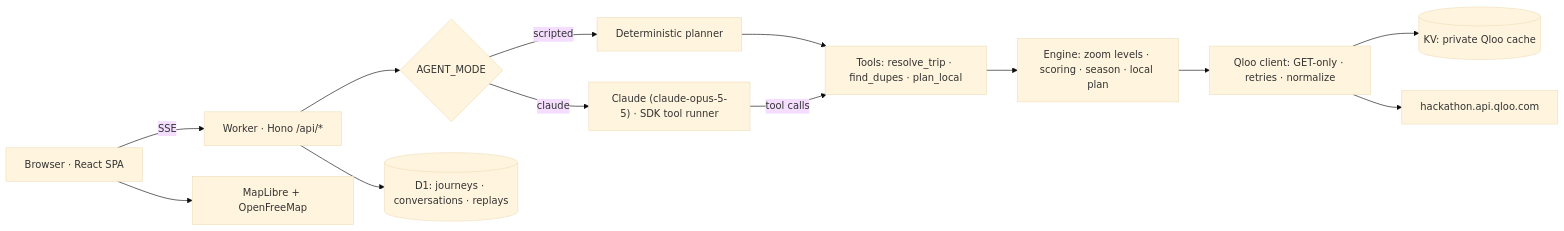
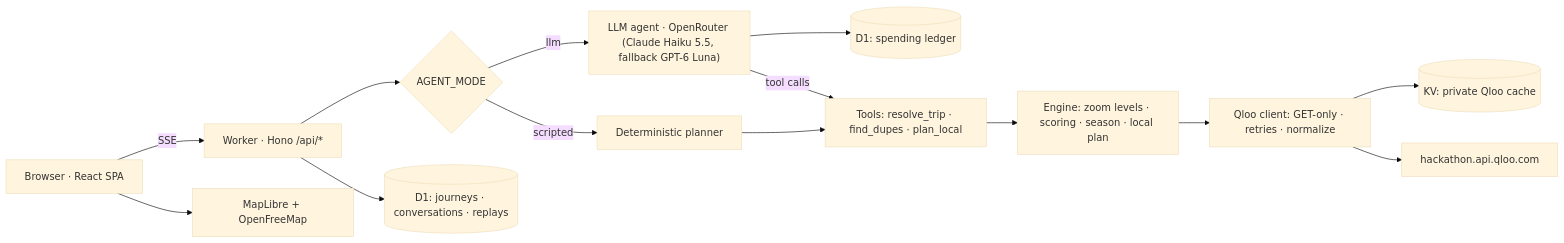
One commit to zicheng-yu/elsewhere changed the diagram in docs/ARCHITECTURE.md. Above: the diagram before and after it, drawn with Mermaid (base theme). The commit also changed other lines of this file and 47 other files, not shown here.

````diff
--- a/docs/ARCHITECTURE.md
+++ b/docs/ARCHITECTURE.md
@@ -5,15 +5,16 @@
 ```mermaid
 flowchart LR
   U["Browser · React SPA"] -- "SSE" --> W["Worker · Hono /api/*"]
   W --> P{"AGENT_MODE"}
   P -- "scripted" --> S["Deterministic planner"]
-  P -- "claude" --> C["Claude (claude-opus-5-5) · SDK tool runner"]
+  P -- "llm" --> C["LLM agent · OpenRouter (Claude Haiku 5.5, fallback GPT-6 Luna)"]
+  C --> B[("D1: spending ledger")]
   S --> T["Tools: resolve_trip · find_dupes · plan_local"]
   C -- "tool calls" --> T
   T --> E["Engine: zoom levels · scoring · season · local plan"]
   E --> Q["Qloo client: GET-only · retries · normalize"]
   Q --> K[("KV: private Qloo cache")]
   Q --> H["hackathon.api.qloo.com"]
   W --> D[("D1: journeys · conversations · replays")]
   U --> M["MapLibre + OpenFreeMap"]
 ```
````
